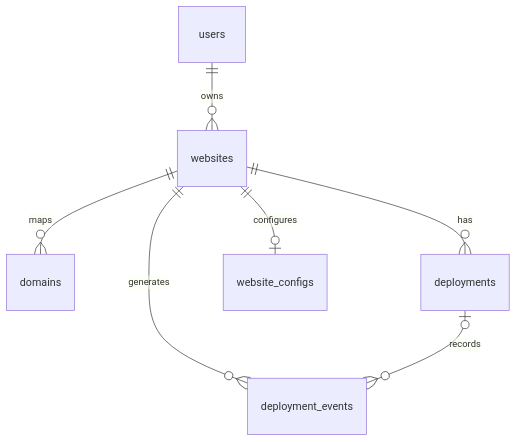
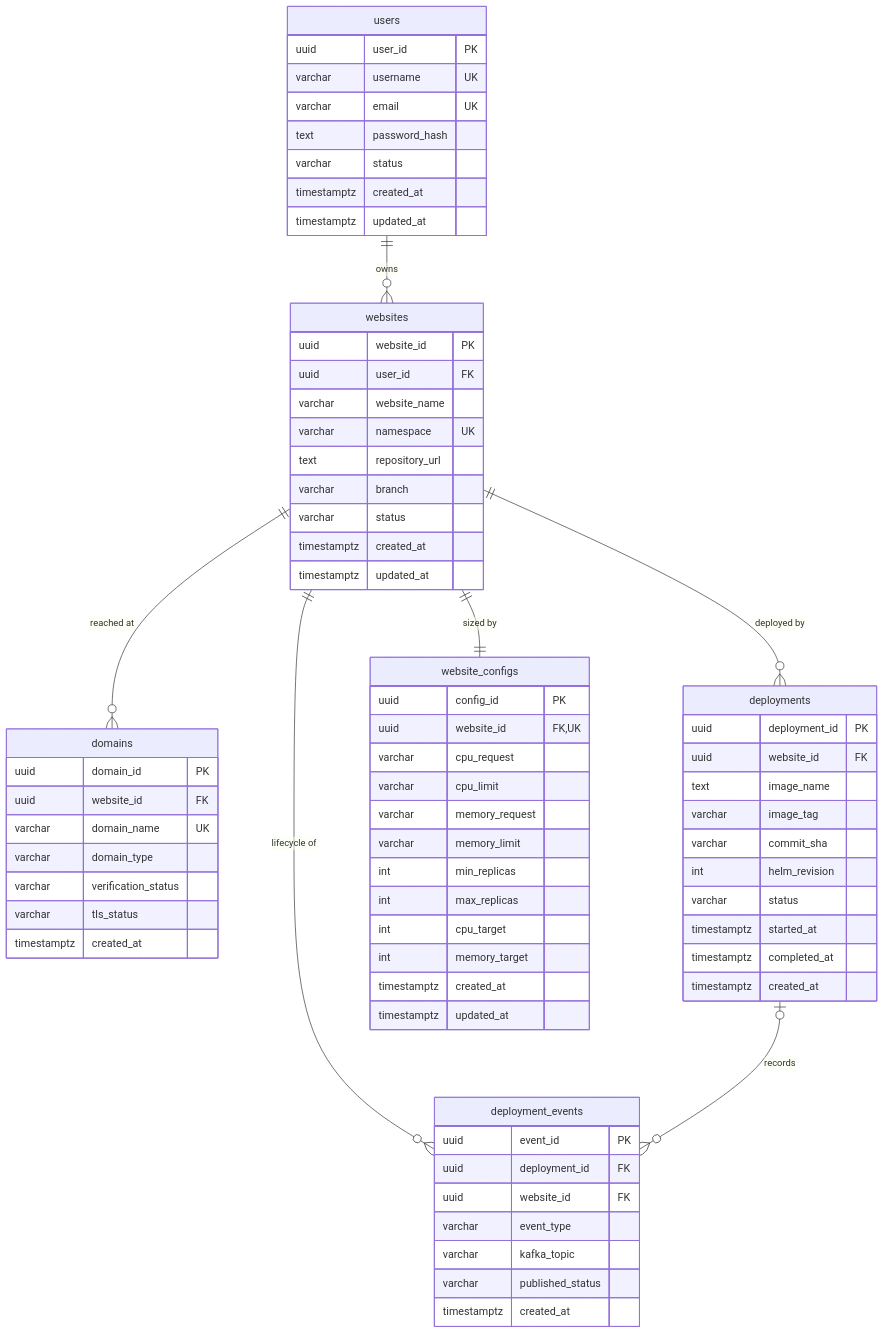
The first of 2 diagrams in services/database/README.md (AnupamGupta86/yotta-multitenant-platform), drawn with Mermaid before and after one commit. The commit also changed other lines of this file and 46 other files, not shown here.

````diff
--- a/services/database/README.md
+++ b/services/database/README.md
@@ -34,9 +46,74 @@
 ```mermaid
 erDiagram
   users ||--o{ websites : owns
-  websites ||--o{ domains : maps
-  websites ||--o{ deployments : has
-  websites ||--o| website_configs : configures
-  websites ||--o{ deployment_events : generates
-  deployments o|--o{ deployment_events : records
+  websites ||--o{ domains : "reached at"
+  websites ||--o{ deployments : "deployed by"
+  websites ||--|| website_configs : "sized by"
+  websites ||--o{ deployment_events : "lifecycle of"
+  deployments |o--o{ deployment_events : "records"
+
+  users {
+    uuid user_id PK
+    varchar username UK
+    varchar email UK
+    text password_hash
+    varchar status
+    timestamptz created_at
+    timestamptz updated_at
+  }
+  websites {
+    uuid website_id PK
+    uuid user_id FK
+    varchar website_name
+    varchar namespace UK
+    text repository_url
+    varchar branch
+    varchar status
+    timestamptz created_at
+    timestamptz updated_at
+  }
+  domains {
+    uuid domain_id PK
+    uuid website_id FK
+    varchar domain_name UK
+    varchar domain_type
+    varchar verification_status
+    varchar tls_status
+    timestamptz created_at
+  }
+  deployments {
+    uuid deployment_id PK
+    uuid website_id FK
+    text image_name
+    varchar image_tag
+    varchar commit_sha
+    int helm_revision
+    varchar status
+    timestamptz started_at
+    timestamptz completed_at
+    timestamptz created_at
+  }
+  website_configs {
+    uuid config_id PK
+    uuid website_id FK,UK
+    varchar cpu_request
+    varchar cpu_limit
+    varchar memory_request
+    varchar memory_limit
+    int min_replicas
+    int max_replicas
+    int cpu_target
+    int memory_target
+    timestamptz created_at
+    timestamptz updated_at
+  }
+  deployment_events {
+    uuid event_id PK
+    uuid deployment_id FK
+    uuid website_id FK
+    varchar event_type
+    varchar kafka_topic
+    varchar published_status
+    timestamptz created_at
+  }
 ```
````
